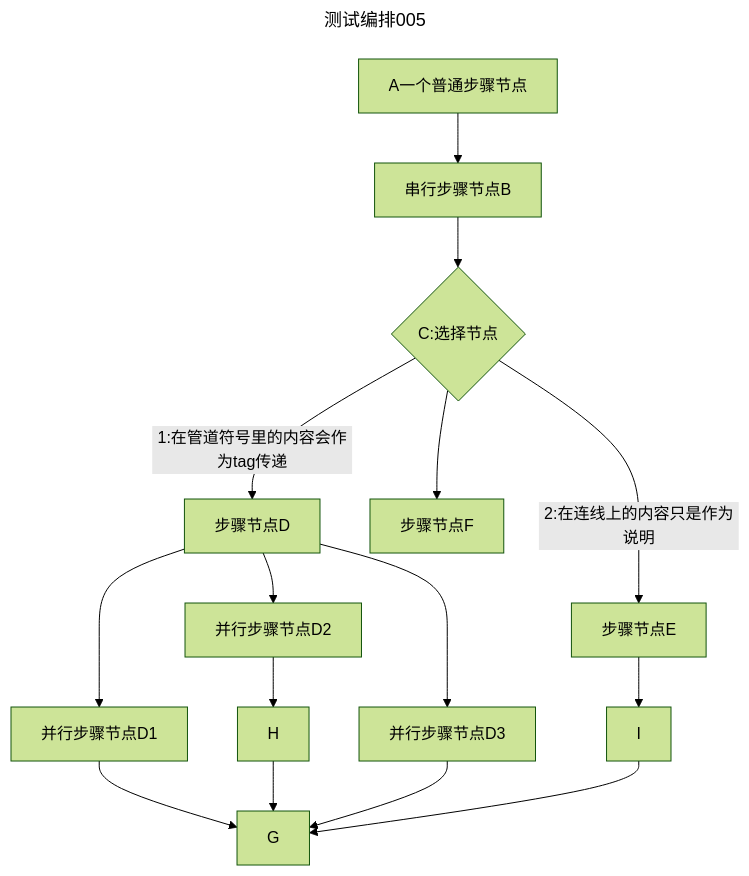
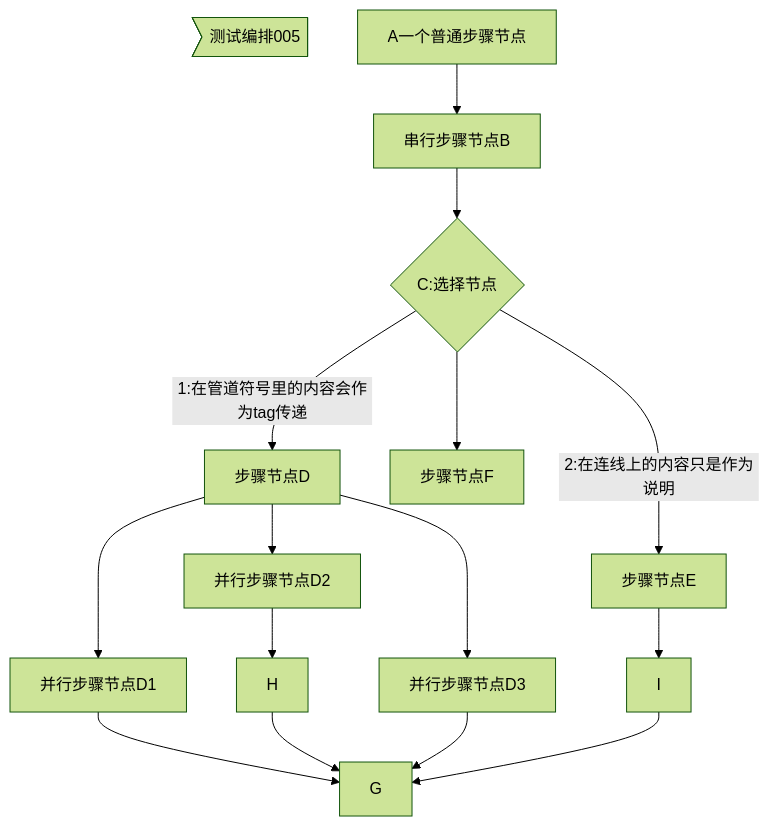
Before and after one commit to NeoGitCrt1/liteflow: the diagram in liteflow-testcase-el/liteflow-testcase-el-markdown-springboot/src/test/resources/CASE5.md, drawn with Mermaid (forest theme). The commit also changed 7 other files, not shown here.

````diff
--- a/liteflow-testcase-el/liteflow-testcase-el-markdown-springboot/src/test/resources/CASE5.md
+++ b/liteflow-testcase-el/liteflow-testcase-el-markdown-springboot/src/test/resources/CASE5.md
@@ -1,13 +1,11 @@
 ```mermaid
---- 
-title: 测试编排005
----
 flowchart TD;
+测试编排005>测试编排005]
 A[A一个普通步骤节点] --> B[串行步骤节点B] --> C{C:选择节点}
 C --> |1:在管道符号里的内容会作为tag传递| D[步骤节点D] --> D1[并行步骤节点D1] --> G
 D[步骤节点D] --> D2[并行步骤节点D2] --> H --> G
 D[步骤节点D] --> D3[并行步骤节点D3] --> G 
 C --2:在连线上的内容只是作为说明--> E[步骤节点E] --> I --> G
 C --> F[步骤节点F] 
 
 ```
````
